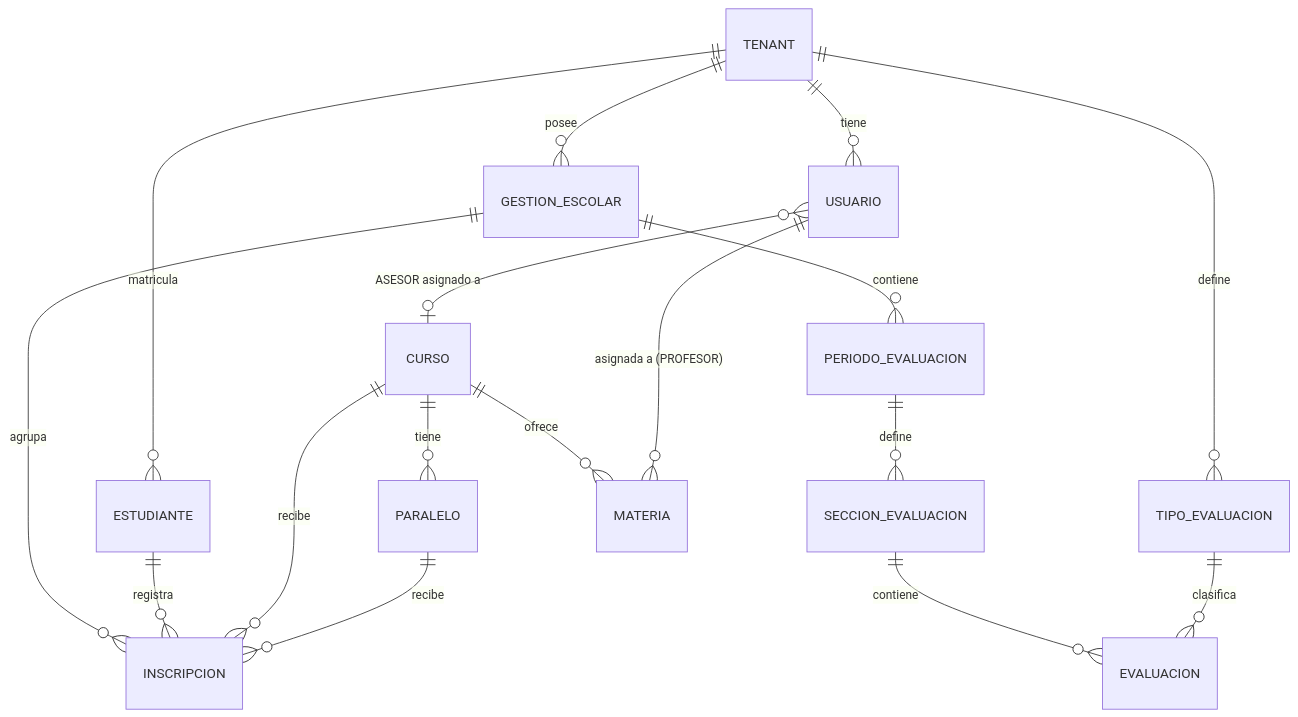
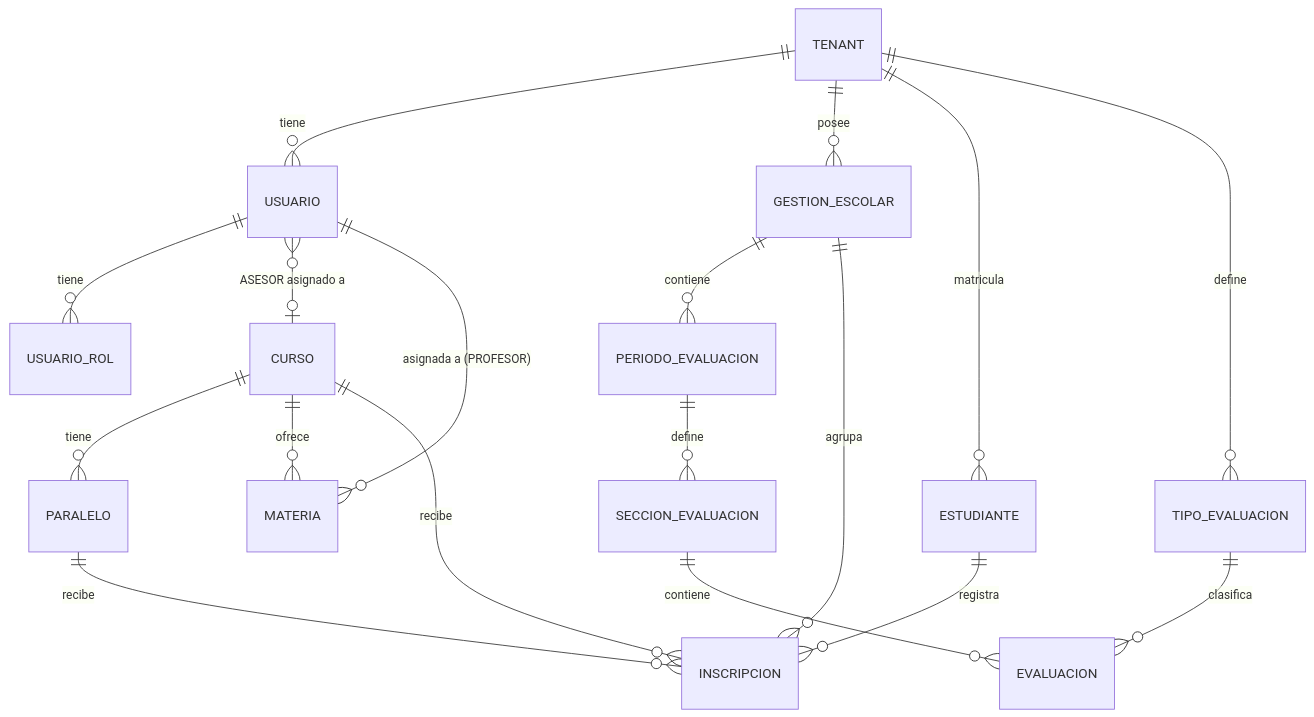
The second of 2 diagrams in docs/product/FSD.md (aspeti/edusync_m4), drawn with Mermaid before and after one commit. The commit also changed other lines of this file and 5 other files, not shown here.

````diff
--- a/docs/product/FSD.md
+++ b/docs/product/FSD.md
@@ -877,25 +899,27 @@
 ```mermaid
 erDiagram
     TENANT ||--o{ USUARIO : tiene
     TENANT ||--o{ GESTION_ESCOLAR : posee
     TENANT ||--o{ ESTUDIANTE : matricula
     TENANT ||--o{ TIPO_EVALUACION : define
+
+    USUARIO ||--o{ USUARIO_ROL : tiene
 
     GESTION_ESCOLAR ||--o{ PERIODO_EVALUACION : contiene
     GESTION_ESCOLAR ||--o{ INSCRIPCION : agrupa
 
     PERIODO_EVALUACION ||--o{ SECCION_EVALUACION : define
 
     SECCION_EVALUACION ||--o{ EVALUACION : contiene
     TIPO_EVALUACION ||--o{ EVALUACION : clasifica
 
     CURSO ||--o{ PARALELO : tiene
     CURSO ||--o{ MATERIA : ofrece
     MATERIA }o--|| USUARIO : "asignada a (PROFESOR)"
 
     ESTUDIANTE ||--o{ INSCRIPCION : registra
     CURSO ||--o{ INSCRIPCION : recibe
     PARALELO ||--o{ INSCRIPCION : recibe
 
     USUARIO }o--o| CURSO : "ASESOR asignado a"
 ```
````
